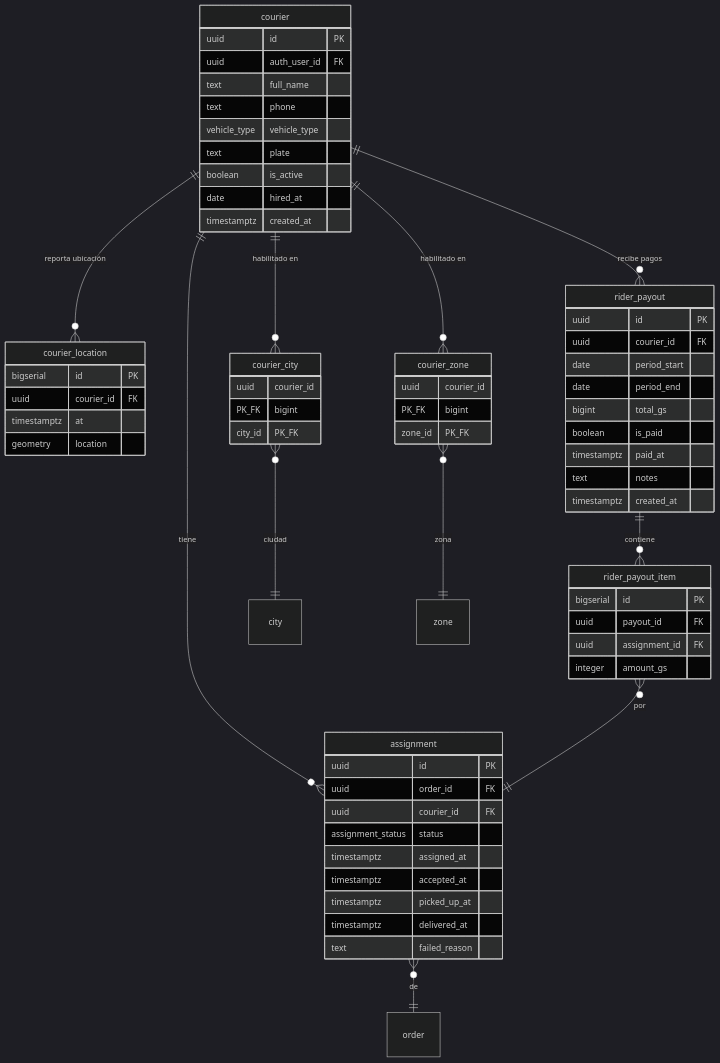
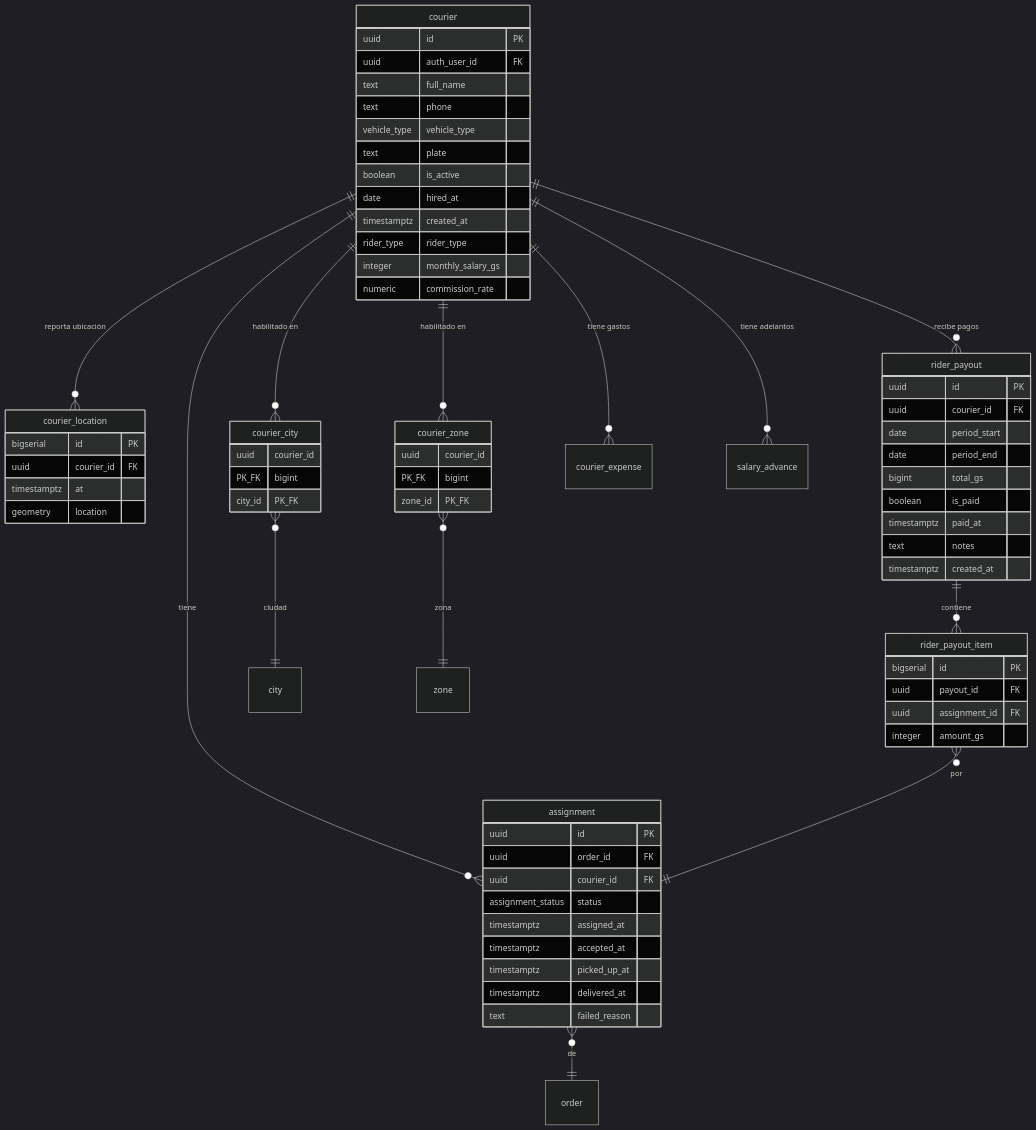
One commit to vargascarlitos/fitoxpress-docs changed the diagram in documents/schemas/ops.md. Above: the diagram before and after it, drawn with Mermaid (dark theme). The commit also changed other lines of this file and 5 other files, not shown here.

````diff
--- a/documents/schemas/ops.md
+++ b/documents/schemas/ops.md
@@ -9,75 +9,80 @@
 ```mermaid
 erDiagram
     courier ||--o{ assignment : "tiene"
     courier ||--o{ courier_location : "reporta ubicación"
     courier ||--o{ courier_city : "habilitado en"
     courier ||--o{ courier_zone : "habilitado en"
     courier ||--o{ rider_payout : "recibe pagos"
-    
+    courier ||--o{ courier_expense : "tiene gastos"
+    courier ||--o{ salary_advance : "tiene adelantos"
+
     assignment }o--|| order : "de"
     rider_payout ||--o{ rider_payout_item : "contiene"
     rider_payout_item }o--|| assignment : "por"
-    
+
     courier_city }o--|| city : "ciudad"
     courier_zone }o--|| zone : "zona"
 
     courier {
         uuid id PK
         uuid auth_user_id FK
         text full_name
         text phone
         vehicle_type vehicle_type
         text plate
         boolean is_active
         date hired_at
         timestamptz created_at
+        rider_type rider_type
+        integer monthly_salary_gs
+        numeric commission_rate
     }
 
     assignment {
         uuid id PK
         uuid order_id FK
         uuid courier_id FK
         assignment_status status
         timestamptz assigned_at
         timestamptz accepted_at
         timestamptz picked_up_at
         timestamptz delivered_at
         text failed_reason
     }
 
     courier_location {
         bigserial id PK
         uuid courier_id FK
         timestamptz at
         geometry location
     }
 
     courier_city {
         uuid courier_id PK_FK
         bigint city_id PK_FK
     }
 
     courier_zone {
         uuid courier_id PK_FK
         bigint zone_id PK_FK
     }
 
     rider_payout {
         uuid id PK
         uuid courier_id FK
         date period_start
         date period_end
         bigint total_gs
         boolean is_paid
         timestamptz paid_at
         text notes
         timestamptz created_at
     }
 
     rider_payout_item {
         bigserial id PK
         uuid payout_id FK
         uuid assignment_id FK
         integer amount_gs
     }
 ```
````
